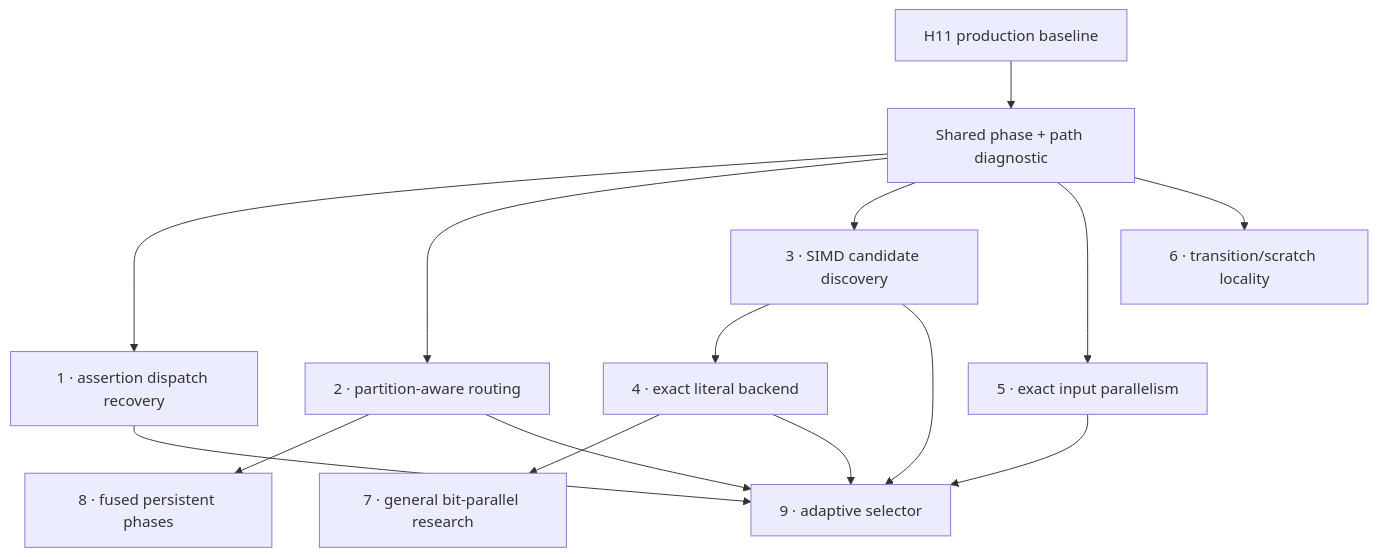
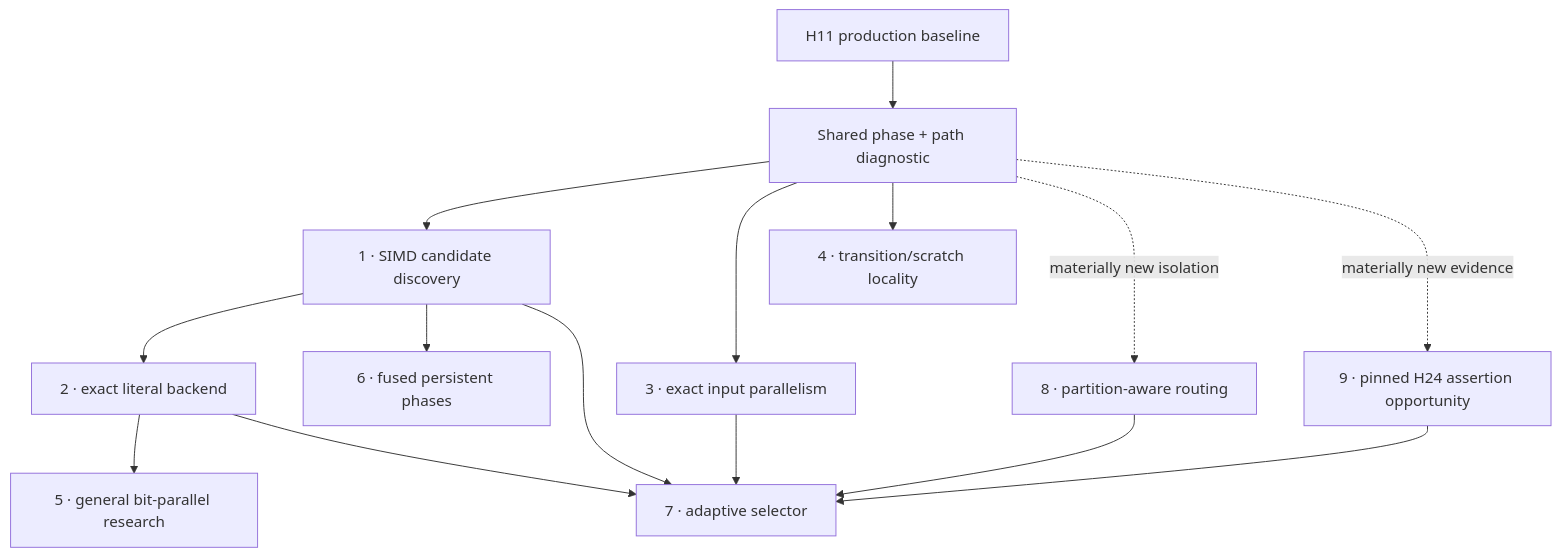
One commit to la3lma/rustmatch changed the diagram in docs/experiments/post-h11-future-optimization-portfolio.md. Above: the diagram before and after it, drawn with Mermaid. The commit also changed other lines of this file and 10 other files, not shown here.

````diff
--- a/docs/experiments/post-h11-future-optimization-portfolio.md
+++ b/docs/experiments/post-h11-future-optimization-portfolio.md
@@ -142,17 +159,17 @@
 ```mermaid
 flowchart TD
     H11["H11 production baseline"] --> D0["Shared phase + path diagnostic"]
-    D0 --> A["1 · assertion dispatch recovery"]
-    D0 --> R["2 · partition-aware routing"]
-    D0 --> S["3 · SIMD candidate discovery"]
-    S --> L["4 · exact literal backend"]
-    D0 --> I["5 · exact input parallelism"]
-    D0 --> C["6 · transition/scratch locality"]
-    L --> B["7 · general bit-parallel research"]
-    R --> F["8 · fused persistent phases"]
-    A --> X["9 · adaptive selector"]
+    D0 --> S["1 · SIMD candidate discovery"]
+    S --> L["2 · exact literal backend"]
+    D0 --> I["3 · exact input parallelism"]
+    D0 --> C["4 · transition/scratch locality"]
+    L --> B["5 · general bit-parallel research"]
+    S --> F["6 · fused persistent phases"]
+    S --> X["7 · adaptive selector"]
+    D0 -. materially new isolation .-> R["8 · partition-aware routing"]
+    D0 -. materially new evidence .-> A["9 · pinned H24 assertion opportunity"]
     R --> X
-    S --> X
+    A --> X
     L --> X
     I --> X
 ```
````
